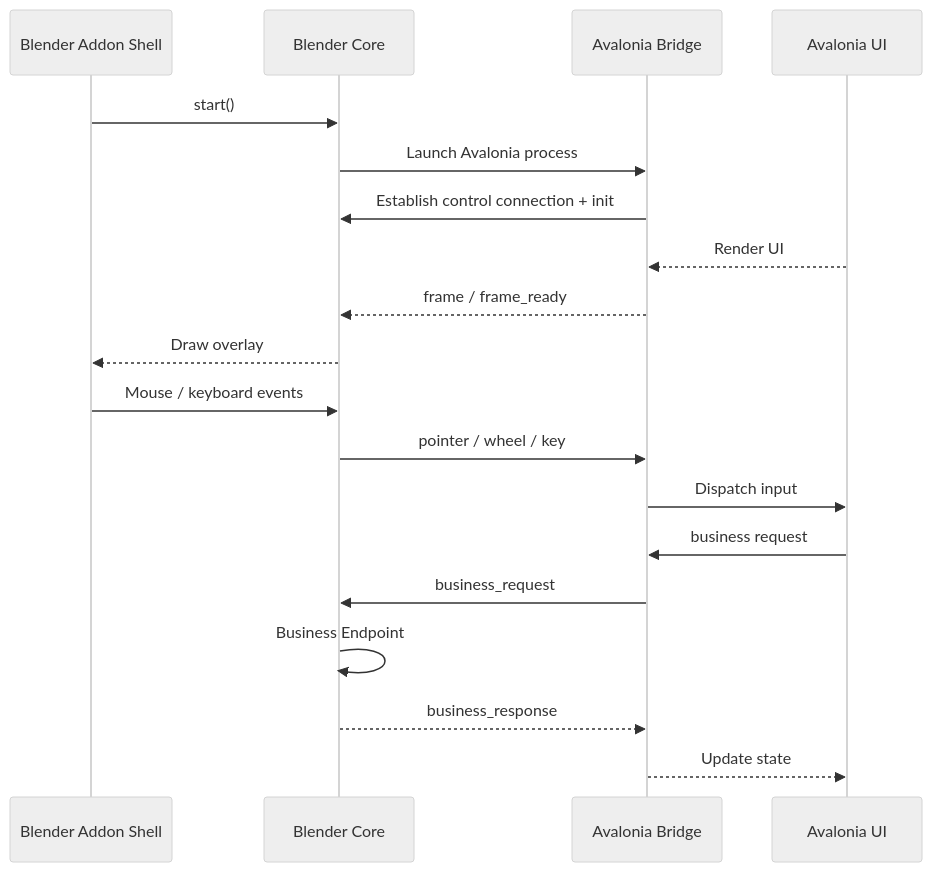
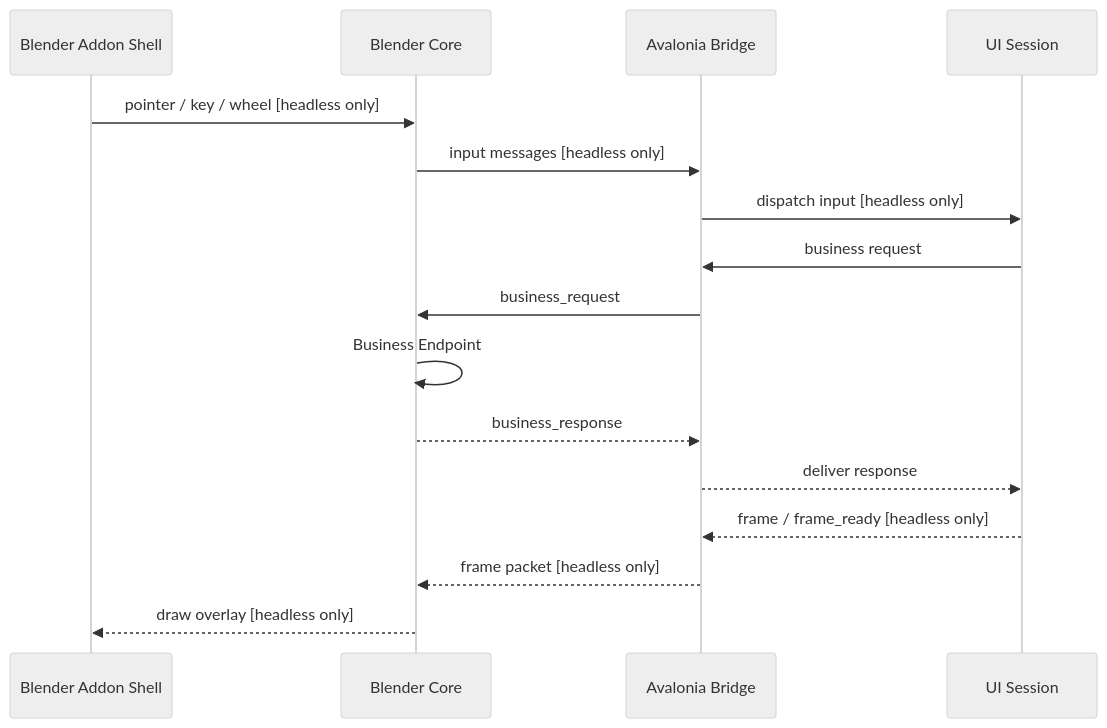
One commit to atticus-lv/BlenderAvaloniaBridge changed the second of 2 diagrams in docs/en/advanced/architecture.md. Above: the diagram before and after it, drawn with Mermaid (neutral theme). The commit also changed other lines of this file and 7 other files, not shown here.

````diff
--- a/docs/en/advanced/architecture.md
+++ b/docs/en/advanced/architecture.md
@@ -22,25 +30,21 @@
 ```mermaid
 sequenceDiagram
     participant Blender as Blender Addon Shell
     participant Core as Blender Core
     participant Bridge as Avalonia Bridge
-    participant UI as Avalonia UI
+    participant UI as UI Session
 
-    Blender->>Core: start()
-    Core->>Bridge: Launch Avalonia process
-    Bridge->>Core: Establish control connection + init
-
-    UI-->>Bridge: Render UI
-    Bridge-->>Core: frame / frame_ready
-    Core-->>Blender: Draw overlay
-
-    Blender->>Core: Mouse / keyboard events
-    Core->>Bridge: pointer / wheel / key
-    Bridge->>UI: Dispatch input
+    Blender->>Core: pointer / key / wheel [headless only]
+    Core->>Bridge: input messages [headless only]
+    Bridge->>UI: dispatch input [headless only]
 
     UI->>Bridge: business request
     Bridge->>Core: business_request
     Core->>Core: Business Endpoint
     Core-->>Bridge: business_response
-    Bridge-->>UI: Update state
+    Bridge-->>UI: deliver response
+
+    UI-->>Bridge: frame / frame_ready [headless only]
+    Bridge-->>Core: frame packet [headless only]
+    Core-->>Blender: draw overlay [headless only]
 ```
````
